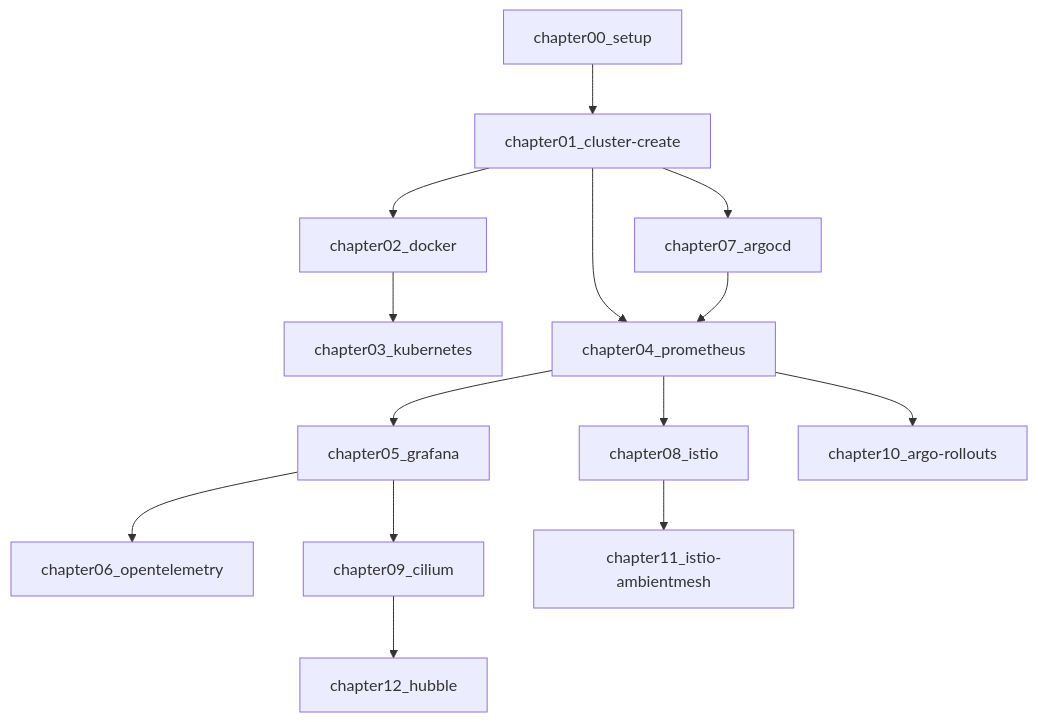
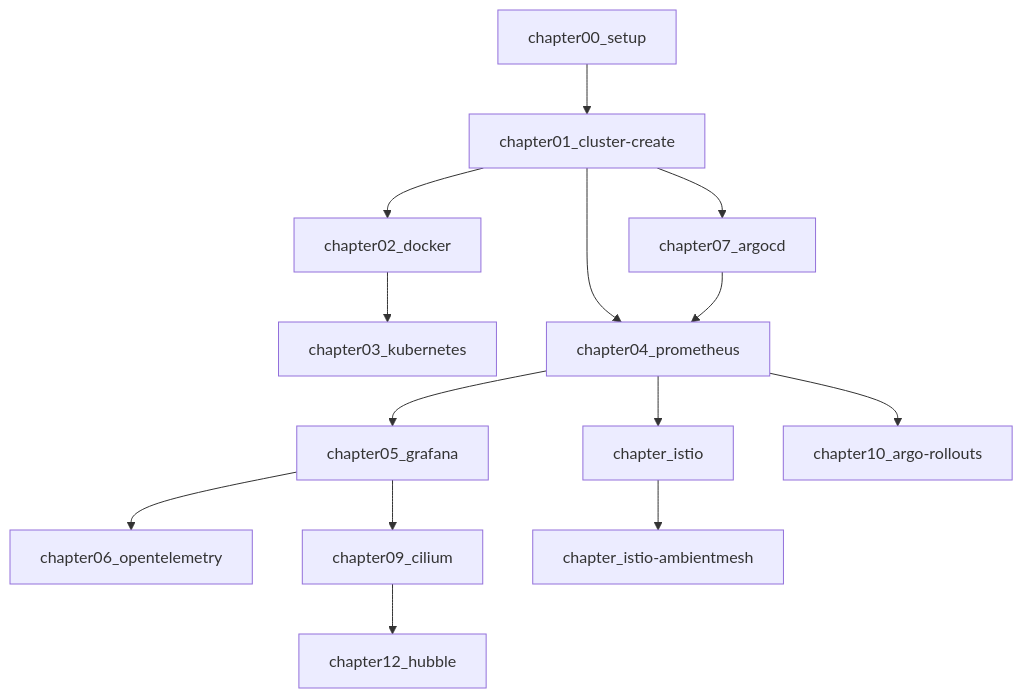
One commit to cloudnativedaysjp/cnd-handson changed the diagram in README.md. Above: the diagram before and after it, drawn with Mermaid. The commit also changed other lines of this file and 3 other files, not shown here.

````diff
--- a/README.md
+++ b/README.md
@@ -28,34 +28,34 @@
 ```mermaid
 flowchart TD
     setup[chapter00_setup]
     cluster[chapter01_cluster-create]
     docker[chapter02_docker]
     k8s[chapter03_kubernetes]
     prom[chapter04_prometheus]
     grafana[chapter05_grafana]
     otel[chapter06_opentelemetry]
     argocd[chapter07_argocd]
-    istio[chapter08_istio]
+    istio[chapter_istio]
     cilium[chapter09_cilium]
     argorollouts[chapter10_argo-rollouts]
-    istioambient[chapter11_istio-ambientmesh]
+    istioambient[chapter_istio-ambientmesh]
     hubble[chapter12_hubble]
 
     setup-->cluster
     cluster-->docker
     docker-->k8s
     cluster-->prom
     cluster-->argocd
 
     prom-->grafana
     prom-->argorollouts
     prom-->istio
     argocd-->prom
 
     grafana-->otel
     grafana-->cilium
 
     cilium-->hubble
 
     istio-->istioambient
 ```
````
